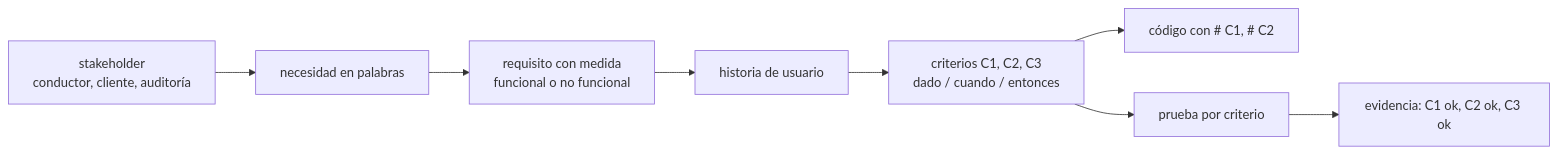
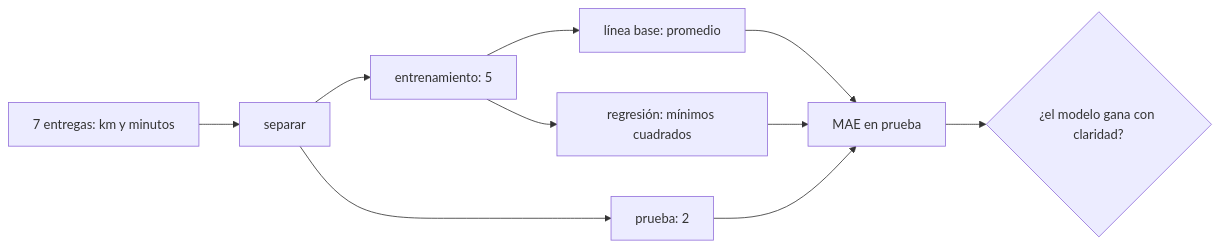
Before and after one commit to NICORUIZ93/The_Imperial_Book: the fourth of 6 diagrams in web/public/content/foundations/modulo-7.md, drawn with Mermaid. The commit also changed other lines of this file and 305 other files, not shown here.

````diff
--- a/web/public/content/foundations/modulo-7.md
+++ b/web/public/content/foundations/modulo-7.md
@@ -99,10 +1114,12 @@
 ```mermaid
 flowchart LR
-    ST["stakeholder<br/>conductor, cliente, auditoría"] --> NEED["necesidad en palabras"]
-    NEED --> REQ["requisito con medida<br/>funcional o no funcional"]
-    REQ --> HIST["historia de usuario"]
-    HIST --> CRIT["criterios C1, C2, C3<br/>dado / cuando / entonces"]
-    CRIT --> CODE["código con # C1, # C2"]
-    CRIT --> TEST["prueba por criterio"]
-    TEST --> EV["evidencia: C1 ok, C2 ok, C3 ok"]
+    D["7 entregas: km y minutos"] --> S["separar"]
+    S --> E["entrenamiento: 5"]
+    S --> P["prueba: 2"]
+    E --> B["línea base: promedio"]
+    E --> R["regresión: mínimos cuadrados"]
+    B --> M["MAE en prueba"]
+    R --> M
+    P --> M
+    M --> C{"¿el modelo gana con claridad?"}
 ```
````
